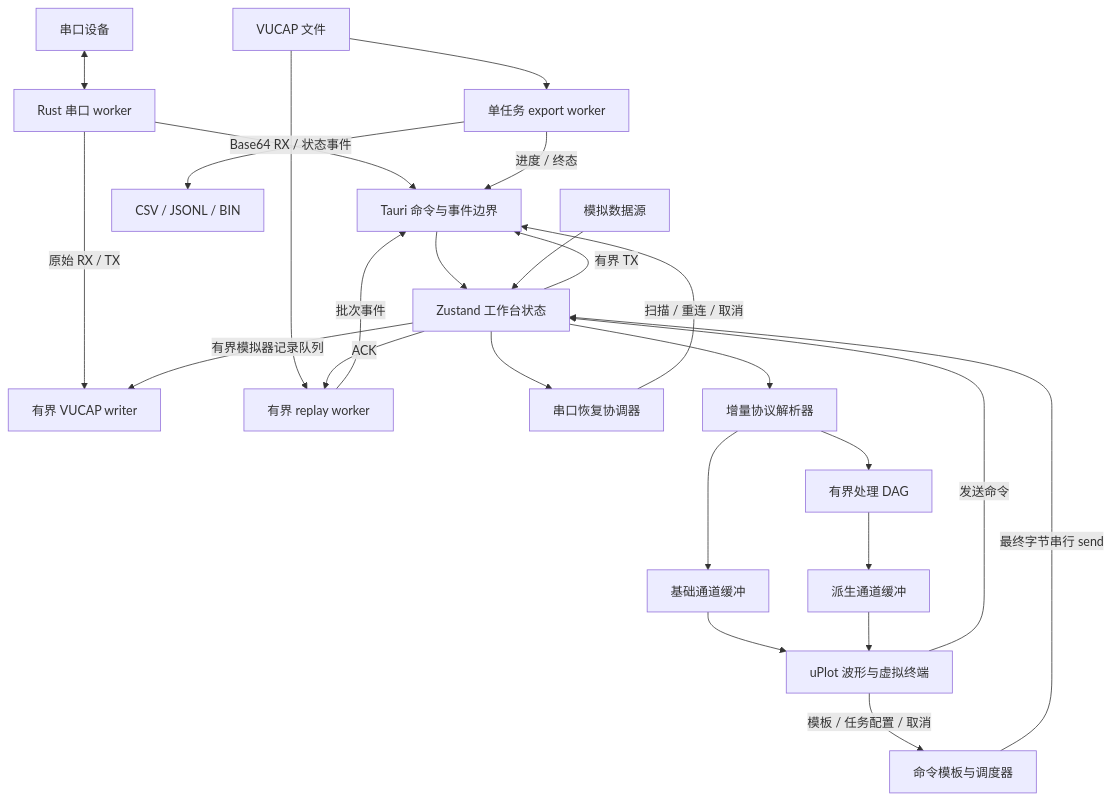
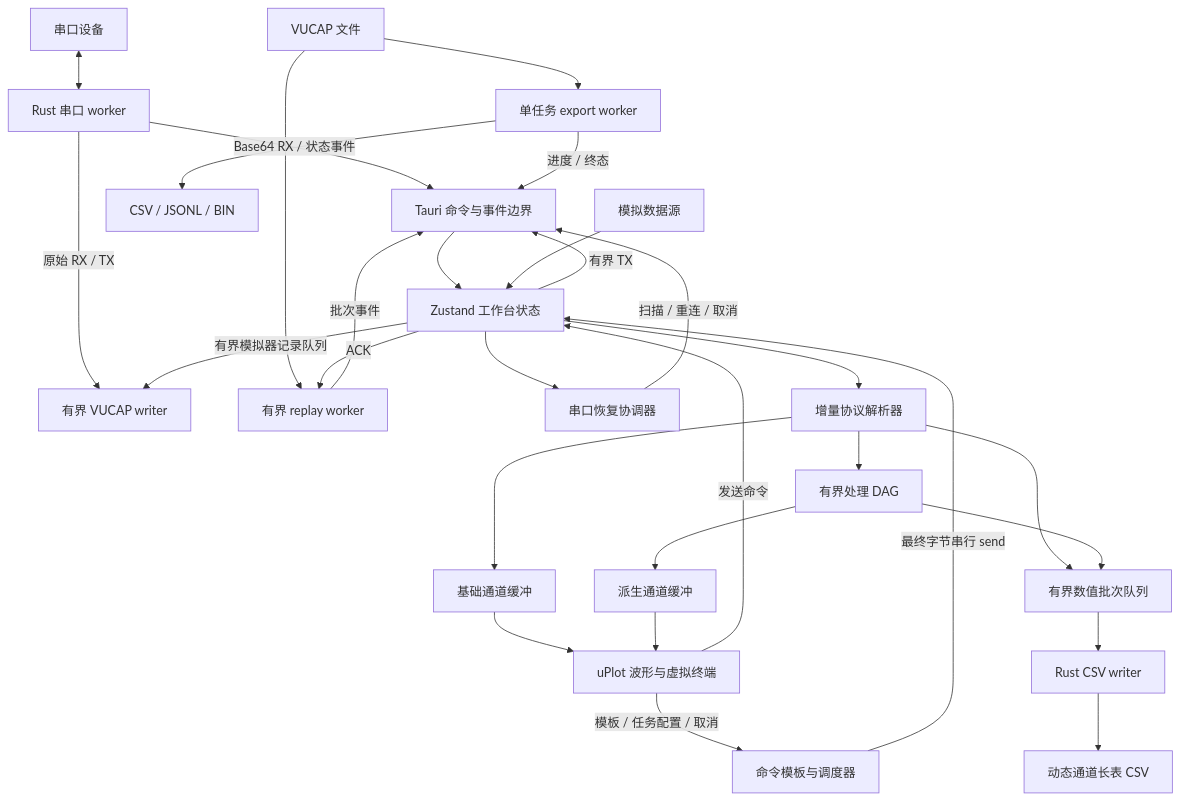
The first of 2 diagrams in docs/architecture.md (woai66/Vofa-Ultra), drawn with Mermaid before and after one commit. The commit also changed other lines of this file and 16 other files, not shown here.

Commit message:
feat: add bounded numeric CSV logging

````diff
--- a/docs/architecture.md
+++ b/docs/architecture.md
@@ -9,27 +9,31 @@
 ```mermaid
 flowchart TB
     Device[串口设备] <--> Worker[Rust 串口 worker]
     Worker -->|Base64 RX / 状态事件| Bridge[Tauri 命令与事件边界]
     Worker -->|原始 RX / TX| Recorder[有界 VUCAP writer]
     CaptureFile[VUCAP 文件] --> Replayer[有界 replay worker]
     CaptureFile --> Exporter[单任务 export worker]
     Exporter --> ExportFile[CSV / JSONL / BIN]
     Exporter -->|进度 / 终态| Bridge
     Replayer -->|批次事件| Bridge
     Store -->|ACK| Replayer
     Bridge --> Store[Zustand 工作台状态]
     Store --> Recovery[串口恢复协调器]
     Recovery -->|扫描 / 重连 / 取消| Bridge
     Store --> Parsers[增量协议解析器]
     Parsers --> RawBuffers[基础通道缓冲]
     Parsers --> Processing[有界处理 DAG]
     Processing --> DerivedBuffers[派生通道缓冲]
+    Parsers --> NumericQueue[有界数值批次队列]
+    Processing --> NumericQueue
+    NumericQueue --> NumericWriter[Rust CSV writer]
+    NumericWriter --> NumericFile[动态通道长表 CSV]
     RawBuffers --> Views[uPlot 波形与虚拟终端]
     DerivedBuffers --> Views
     Views -->|模板 / 任务配置 / 取消| Commands[命令模板与调度器]
     Commands -->|最终字节串行 send| Store
     Simulator[模拟数据源] --> Store
     Store -->|有界模拟器记录队列| Recorder
     Views -->|发送命令| Store
     Store -->|有界 TX| Bridge
 ```
````
